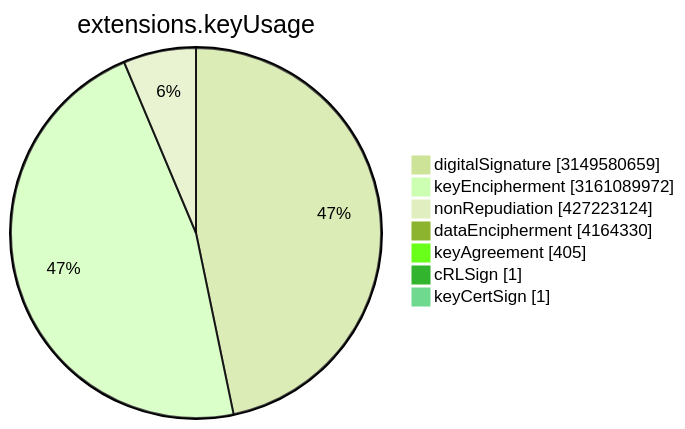
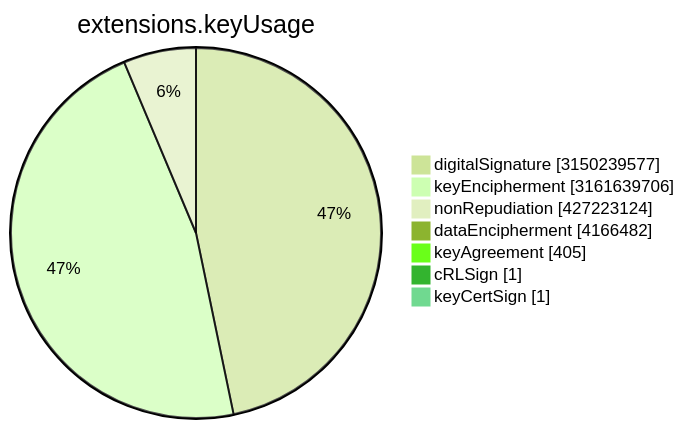
One commit to christiankrug/ctmonitor_visualization changed the sixth of 15 diagrams in TOTAL/README.md. Above: the diagram before and after it, drawn with Mermaid (forest theme). The commit also changed other lines of this file, not shown here.

````diff
--- a/TOTAL/README.md
+++ b/TOTAL/README.md
@@ -3077,11 +3077,11 @@
 ```mermaid
 pie showData
 title extensions.keyUsage
-"digitalSignature" :3149580659
-"keyEncipherment" :3161089972
+"digitalSignature" :3150239577
+"keyEncipherment" :3161639706
 "nonRepudiation" :427223124
-"dataEncipherment" :4164330
+"dataEncipherment" :4166482
 "keyAgreement" :405
 "cRLSign" :1
 "keyCertSign" :1
 ```
````
